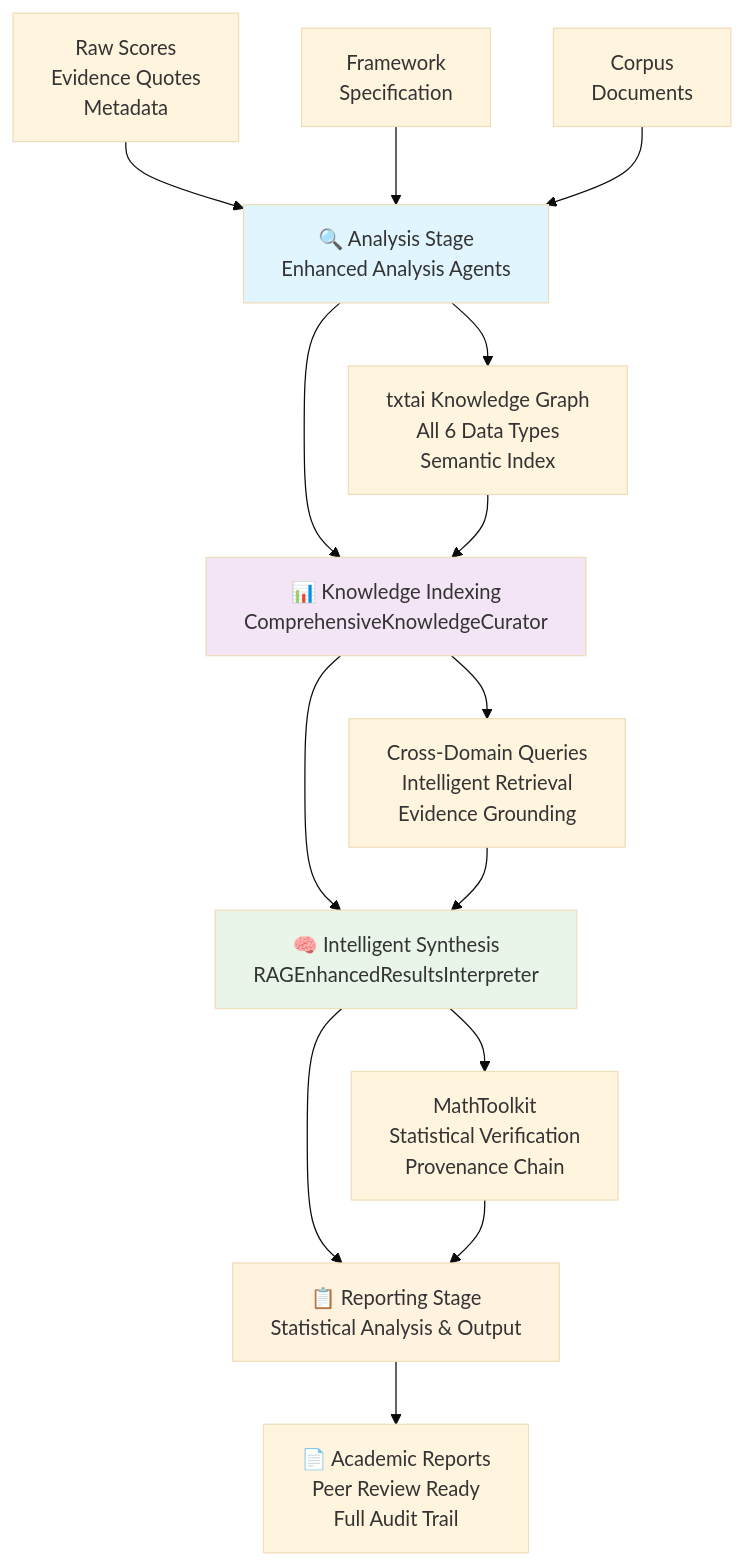
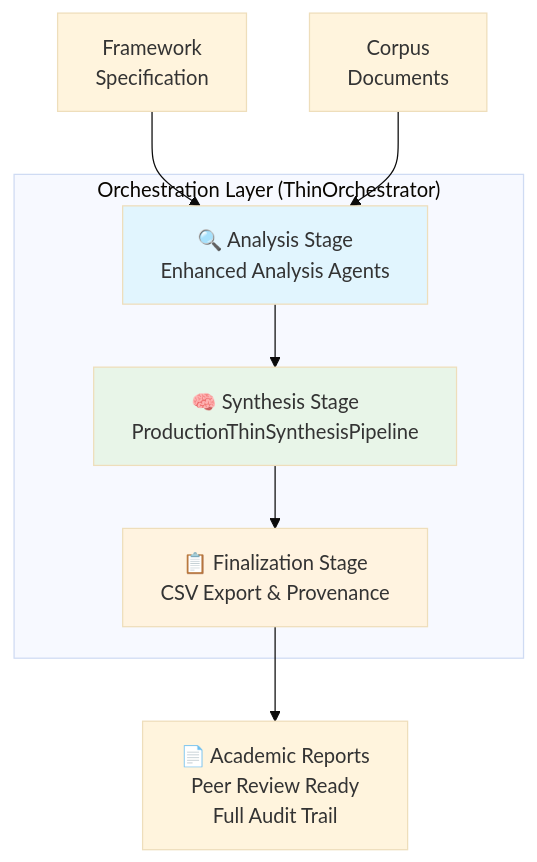
One commit to discernus/discernus changed the diagram in docs/architecture/DISCERNUS_SYSTEM_ARCHITECTURE.md. Above: the diagram before and after it, drawn with Mermaid (base theme). The commit also changed other lines of this file and 228 other files, not shown here.

````diff
--- a/docs/architecture/DISCERNUS_SYSTEM_ARCHITECTURE.md
+++ b/docs/architecture/DISCERNUS_SYSTEM_ARCHITECTURE.md
@@ -161,26 +161,16 @@
 ```mermaid
 graph TD
-    A["🔍 Analysis Stage<br/>Enhanced Analysis Agents"] --> B["📊 Knowledge Indexing<br/>ComprehensiveKnowledgeCurator"]
-    B --> C["🧠 Intelligent Synthesis<br/>RAGEnhancedResultsInterpreter"]
-    C --> D["📋 Reporting Stage<br/>Statistical Analysis & Output"]
+    subgraph "Orchestration Layer (ThinOrchestrator)"
+        A["🔍 Analysis Stage<br/>Enhanced Analysis Agents"] --> B["🧠 Synthesis Stage<br/>ProductionThinSynthesisPipeline"]
+        B --> C["📋 Finalization Stage<br/>CSV Export & Provenance"]
+    end
     
-    A1["Raw Scores<br/>Evidence Quotes<br/>Metadata"] --> A
-    A2["Framework<br/>Specification"] --> A
-    A3["Corpus<br/>Documents"] --> A
+    A1["Framework<br/>Specification"] --> A
+    A2["Corpus<br/>Documents"] --> A
     
-    A --> B1["txtai Knowledge Graph<br/>All 6 Data Types<br/>Semantic Index"]
-    B1 --> B
-    
-    B --> C1["Cross-Domain Queries<br/>Intelligent Retrieval<br/>Evidence Grounding"]
-    C1 --> C
-    
-    C --> D1["MathToolkit<br/>Statistical Verification<br/>Provenance Chain"]
-    D1 --> D
-    
-    D --> E["📄 Academic Reports<br/>Peer Review Ready<br/>Full Audit Trail"]
+    C --> E["📄 Academic Reports<br/>Peer Review Ready<br/>Full Audit Trail"]
     
     style A fill:#e1f5fe
-    style B fill:#f3e5f5
-    style C fill:#e8f5e8
-    style D fill:#fff3e0
+    style B fill:#e8f5e8
+    style C fill:#fff3e0
 ```
````
